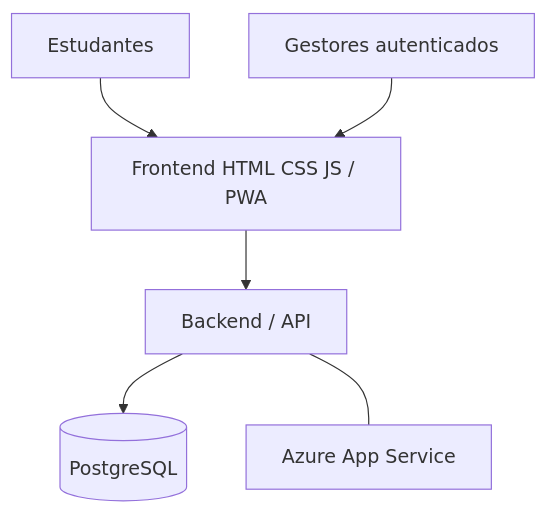
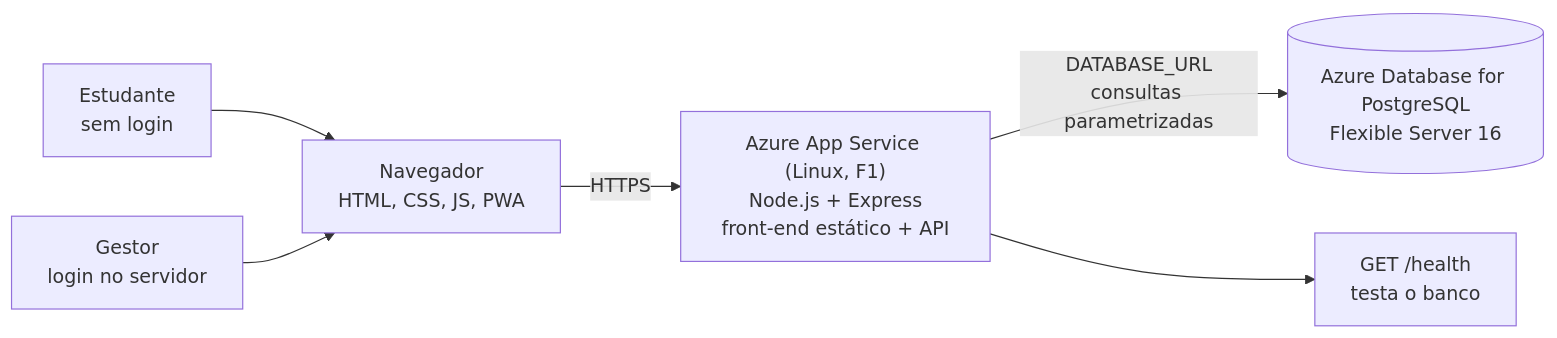
One commit to mbalbuquerque/avaliacao-de-atendimento changed the diagram in README.md. Above: the diagram before and after it, drawn with Mermaid. The commit also changed other lines of this file, not shown here.

````diff
--- a/README.md
+++ b/README.md
@@ -67,8 +49,8 @@
 ```mermaid
-flowchart TD
-    A[Estudantes] --> B[Frontend HTML CSS JS / PWA]
-    G[Gestores autenticados] --> B
-    B --> C[Backend / API]
-    C --> D[(PostgreSQL)]
-    C --- E[Azure App Service]
+flowchart LR
+    E[Estudante<br/>sem login] --> N[Navegador<br/>HTML, CSS, JS, PWA]
+    G[Gestor<br/>login no servidor] --> N
+    N -- HTTPS --> A["Azure App Service (Linux, F1)<br/>Node.js + Express<br/>front-end estático + API"]
+    A -- "DATABASE_URL<br/>consultas parametrizadas" --> P[("Azure Database for PostgreSQL<br/>Flexible Server 16")]
+    A --> H["GET /health<br/>testa o banco"]
 ```
````
